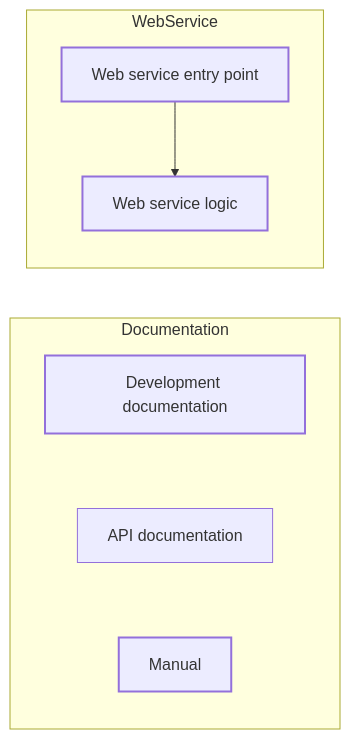
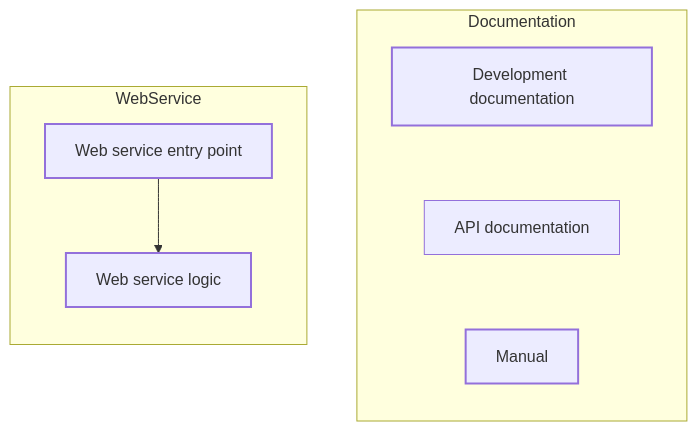
The first of 2 diagrams in Development/Tingen Development Processes.md (spectrum-health-systems/tingen-documentation), drawn with Mermaid before and after one commit. The commit also changed other lines of this file, not shown here.

Commit message:
Update Tingen Development Processes.md

````diff
--- a/Development/Tingen Development Processes.md
+++ b/Development/Tingen Development Processes.md
@@ -5,15 +9,18 @@
 ```mermaid
-flowchart LR
+flowchart TB
   subgraph Documentation
     direction TB
 	  DevelopmentDocumentation["Development documentation"] ~~~ ApiDocumentation["API documentation"] 
 	  ApiDocumentation["API documentation"] ~~~ Manual["Manual"]
   end
   subgraph WebService
     direction TB
 	  Tingen["Web service entry point"] --> Outpost31["Web service logic"] 
   end
 
   classDef allNodes stroke-width:2px;
   class DevelopmentDocumentation,ApiDocumentationt,Manual,Tingen,Outpost31 allNodes;
+  
+  click Tingen "https://github.com/spectrum-health-systems/Tingen_development"
+  click Outpost31 "https://github.com/spectrum-health-systems/Outpost31"
 ```
````
